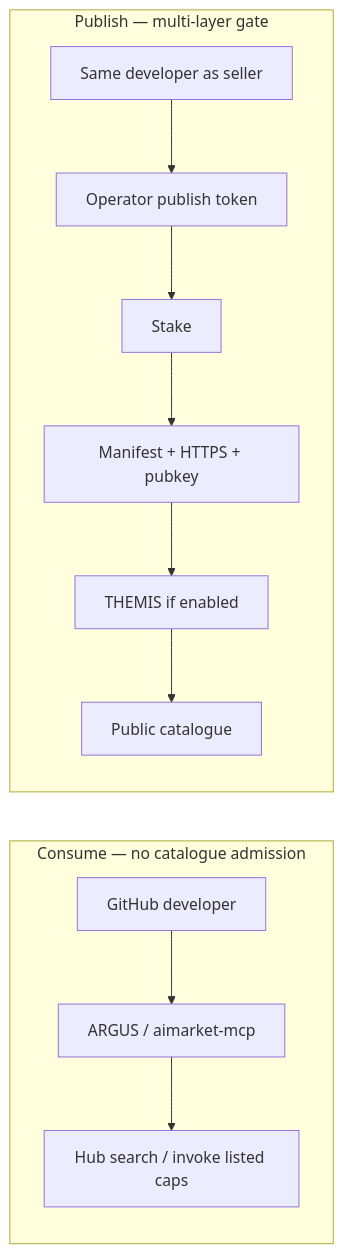
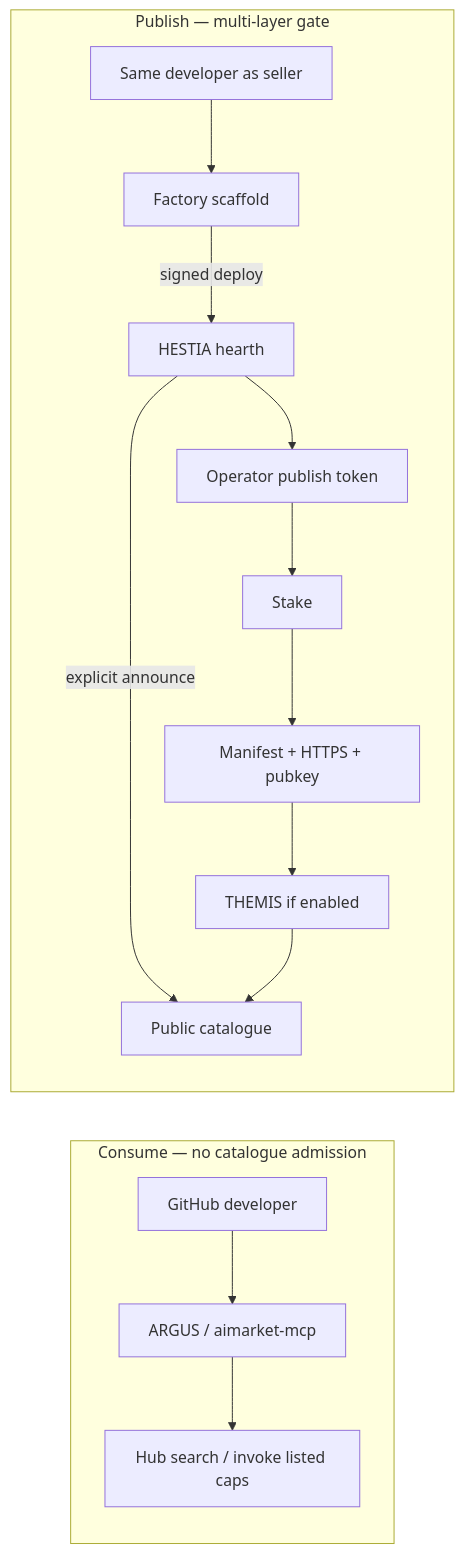
The second of 2 diagrams in docs/ecosystem/supply-chain-admission.md (alexar76/aicom), drawn with Mermaid before and after one commit. The commit also changed other lines of this file and 28 other files, not shown here.

````diff
--- a/docs/ecosystem/supply-chain-admission.md
+++ b/docs/ecosystem/supply-chain-admission.md
@@ -176,14 +177,17 @@
 ```mermaid
 flowchart LR
   subgraph consume [Consume — no catalogue admission]
     Dev[GitHub developer] --> Argus[ARGUS / aimarket-mcp]
     Argus --> HubRead[Hub search / invoke listed caps]
   end
   subgraph publish [Publish — multi-layer gate]
-    Dev2[Same developer as seller] --> Tok[Operator publish token]
+    Dev2[Same developer as seller] --> Fac[Factory scaffold]
+    Fac -->|signed deploy| Hes[HESTIA hearth]
+    Hes --> Tok[Operator publish token]
     Tok --> Stake[Stake]
     Stake --> Man[Manifest + HTTPS + pubkey]
     Man --> T[THEMIS if enabled]
-    T --> Cat[Public catalogue]
+    Hes -->|explicit announce| Cat[Public catalogue]
+    T --> Cat
   end
 ```
````
